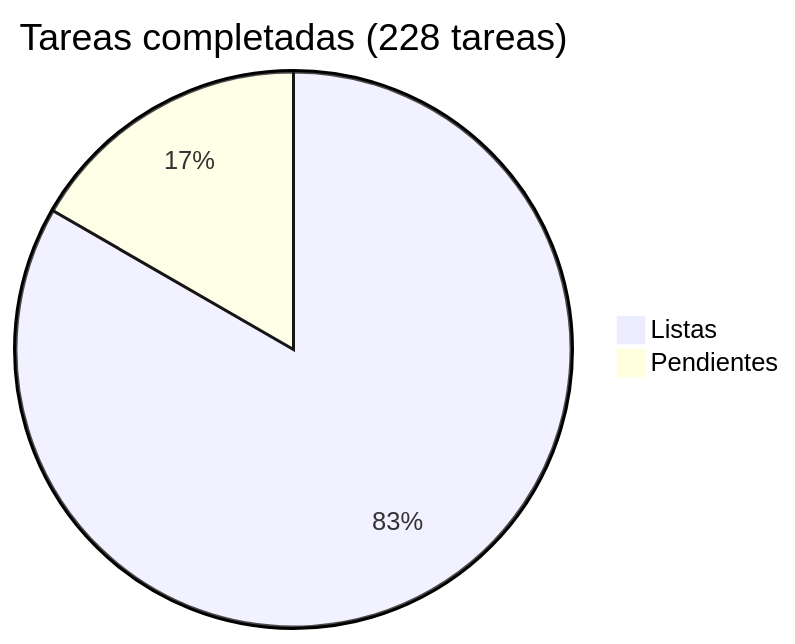
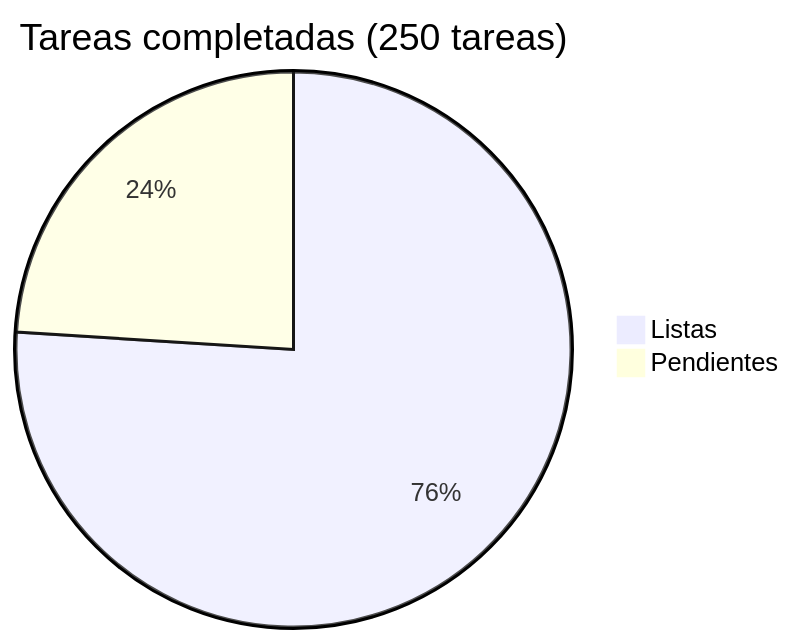
Before and after one commit to araguaney-lat/araguaney: the diagram in docs/roadmap/README.md, drawn with Mermaid. The commit also changed other lines of this file and 1 other file, not shown here.

Commit message:
docs: add Phase 11 — SEO and generic repositioning
Market research (Jul 2026) found a Spanish-language gap: 'centro de acopio'
software has high volume and zero product SEO competition. Competitors (HELM,
Sahana, Wasp, GearChain, DonationX) are English-only, US food-bank focused.

Strategy: reposition from Venezuela-specific to generic humanitarian logistics
(evergreen core + event-capture layer). 22 tasks across 4 groups:
- A: repositioning + core landing pages (generic home, pillar pages, /necesidades)
- B: technical SEO (metadata, sitemap, robots, schema.org, hreflang, CWV)
- C: content + event capture (guides, event landing template, internal linking)
- D: measurement (Search Console, privacy-friendly analytics, rank tracking)

Roadmap now 76% (60 pending across Phases 10-11).

````diff
--- a/docs/roadmap/README.md
+++ b/docs/roadmap/README.md
@@ -5,5 +5,5 @@
 ```mermaid
-pie title Tareas completadas (228 tareas)
+pie title Tareas completadas (250 tareas)
     "Listas" : 190
-    "Pendientes" : 38
+    "Pendientes" : 60
 ```
````
